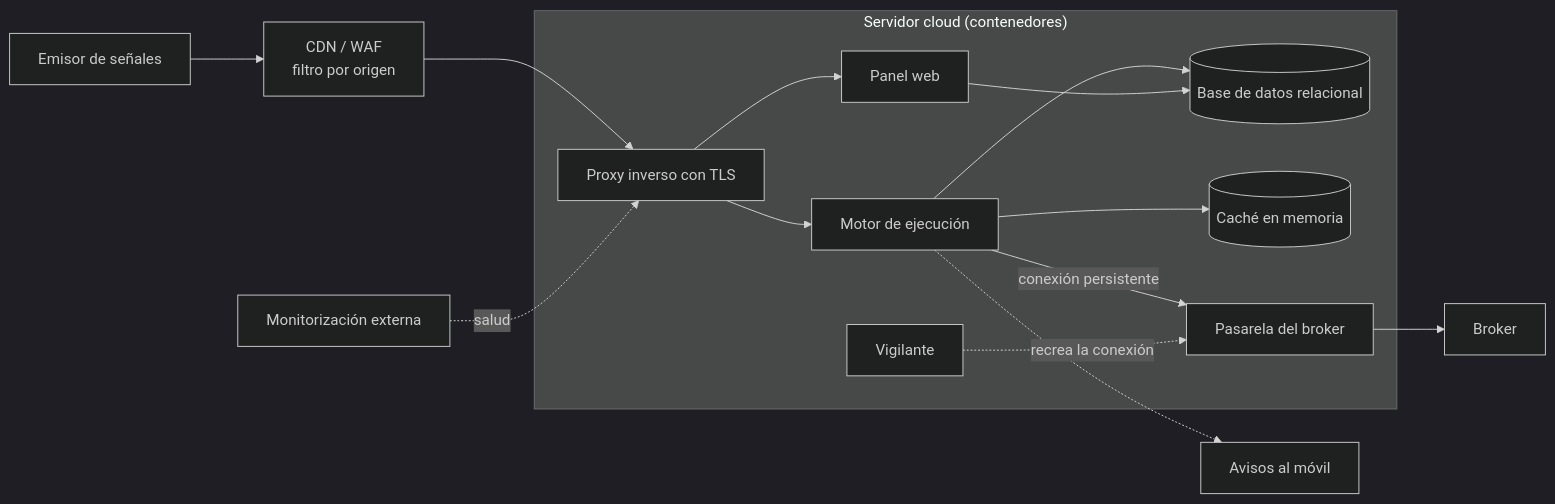
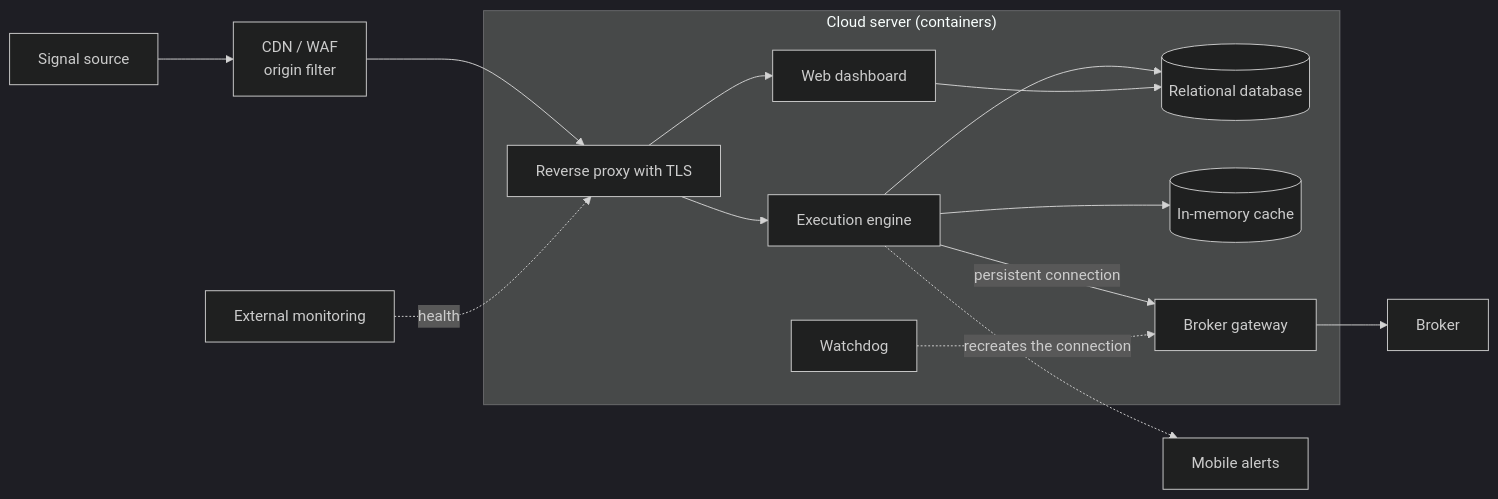
One commit to reMantiX2/engineering-portfolio changed the diagram in automated-execution-engine/README.md. Above: the diagram before and after it, drawn with Mermaid (dark theme). The commit also changed other lines of this file and 19 other files, not shown here.

````diff
--- a/automated-execution-engine/README.md
+++ b/automated-execution-engine/README.md
@@ -28,19 +30,19 @@
 ```mermaid
 graph LR
-    SIG[Emisor de señales] --> WAF[CDN / WAF<br/>filtro por origen]
-    WAF --> PRX[Proxy inverso con TLS]
+    SIG[Signal source] --> WAF[CDN / WAF<br/>origin filter]
+    WAF --> PRX[Reverse proxy with TLS]
 
-    subgraph SRV["Servidor cloud (contenedores)"]
-        PRX --> ENG[Motor de ejecución]
-        PRX --> PAN[Panel web]
-        ENG --> DB[(Base de datos relacional)]
+    subgraph SRV["Cloud server (containers)"]
+        PRX --> ENG[Execution engine]
+        PRX --> PAN[Web dashboard]
+        ENG --> DB[(Relational database)]
         PAN --> DB
-        ENG --> CACHE[(Caché en memoria)]
-        ENG -->|conexión persistente| GW[Pasarela del broker]
-        VIG[Vigilante] -.->|recrea la conexión| GW
+        ENG --> CACHE[(In-memory cache)]
+        ENG -->|persistent connection| GW[Broker gateway]
+        VIG[Watchdog] -.->|recreates the connection| GW
     end
 
     GW --> BRK[Broker]
-    ENG -.-> AV[Avisos al móvil]
-    MON[Monitorización externa] -.->|salud| PRX
+    ENG -.-> AV[Mobile alerts]
+    MON[External monitoring] -.->|health| PRX
 ```
````
